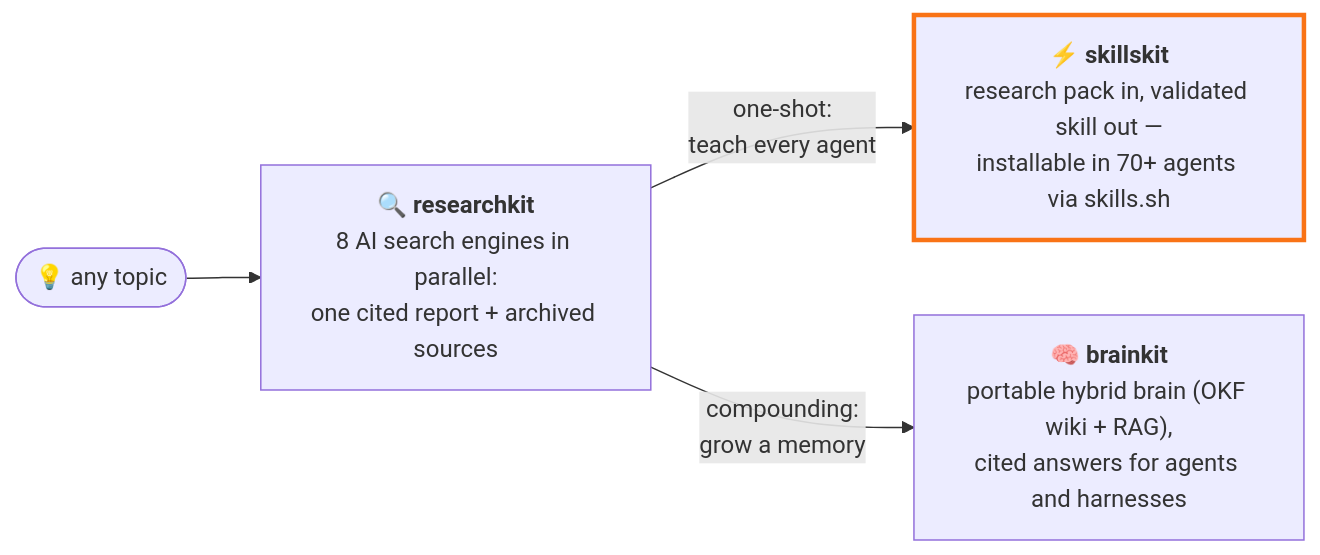
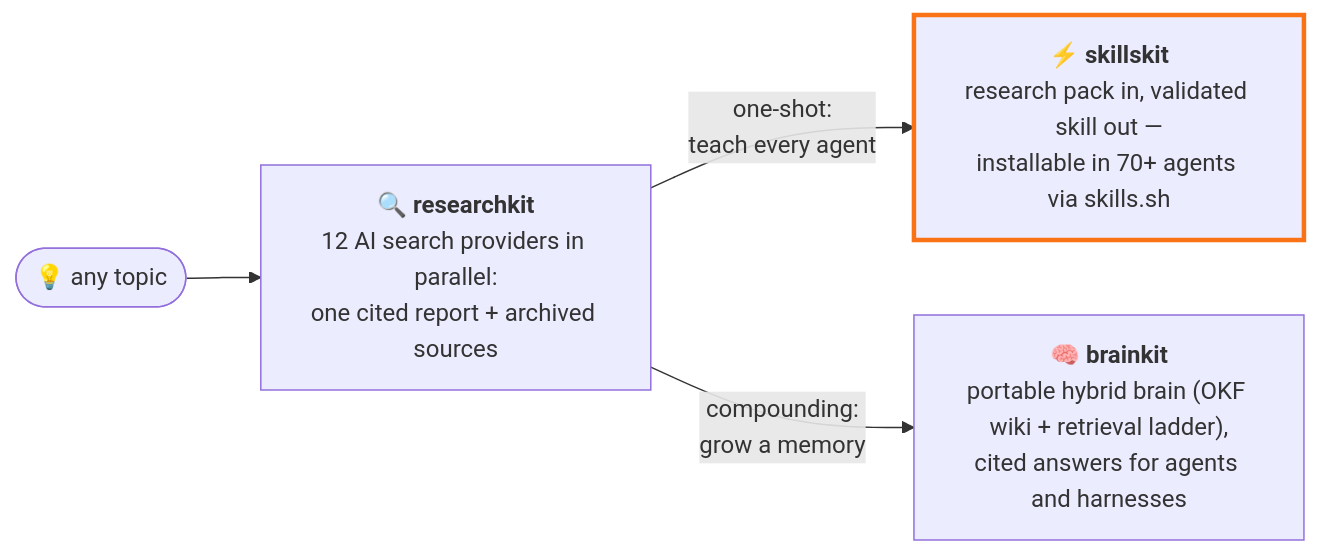
The diagram in README.md (Paldom/skillskit), drawn with Mermaid before and after one commit. The commit also changed other lines of this file and 6 other files, not shown here.

````diff
--- a/README.md
+++ b/README.md
@@ -15,8 +15,8 @@
 ```mermaid
 flowchart LR
-    T(["💡 any topic"]) --> RK["🔍 <b>researchkit</b><br/>8 AI search engines in parallel:<br/>one cited report + archived sources"]
+    T(["💡 any topic"]) --> RK["🔍 <b>researchkit</b><br/>12 AI search providers in parallel:<br/>one cited report + archived sources"]
     RK -- "one-shot:<br/>teach every agent" --> SK["⚡ <b>skillskit</b><br/>research pack in, validated skill out —<br/>installable in 70+ agents via skills.sh"]
-    RK -- "compounding:<br/>grow a memory" --> BK["🧠 <b>brainkit</b><br/>portable hybrid brain (OKF wiki + RAG),<br/>cited answers for agents and harnesses"]
+    RK -- "compounding:<br/>grow a memory" --> BK["🧠 <b>brainkit</b><br/>portable hybrid brain (OKF wiki + retrieval ladder),<br/>cited answers for agents and harnesses"]
     classDef here stroke:#f97316,stroke-width:3px;
     class SK here
 ```
````
